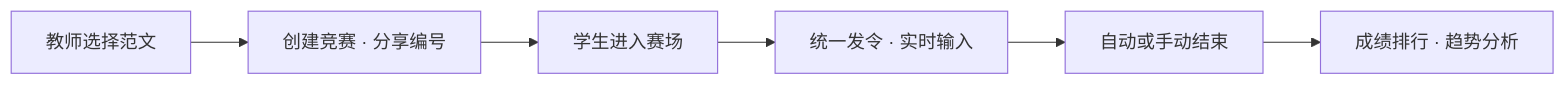
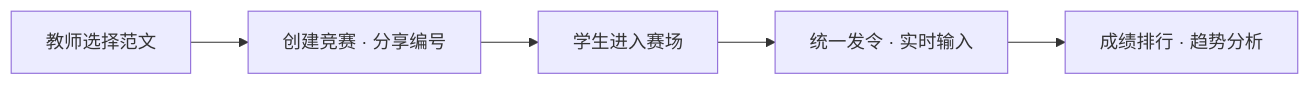
The diagram in README.md (Alumos/KeySprint), drawn with Mermaid before and after one commit. The commit also changed other lines of this file and 8 other files, not shown here.

````diff
--- a/README.md
+++ b/README.md
@@ -33,8 +31,7 @@
 ```mermaid
 flowchart LR
     T[教师选择范文] --> C[创建竞赛 · 分享编号]
     C --> S[学生进入赛场]
     S --> R[统一发令 · 实时输入]
-    R --> F[自动或手动结束]
-    F --> A[成绩排行 · 趋势分析]
+    R --> A[成绩排行 · 趋势分析]
 ```
````
